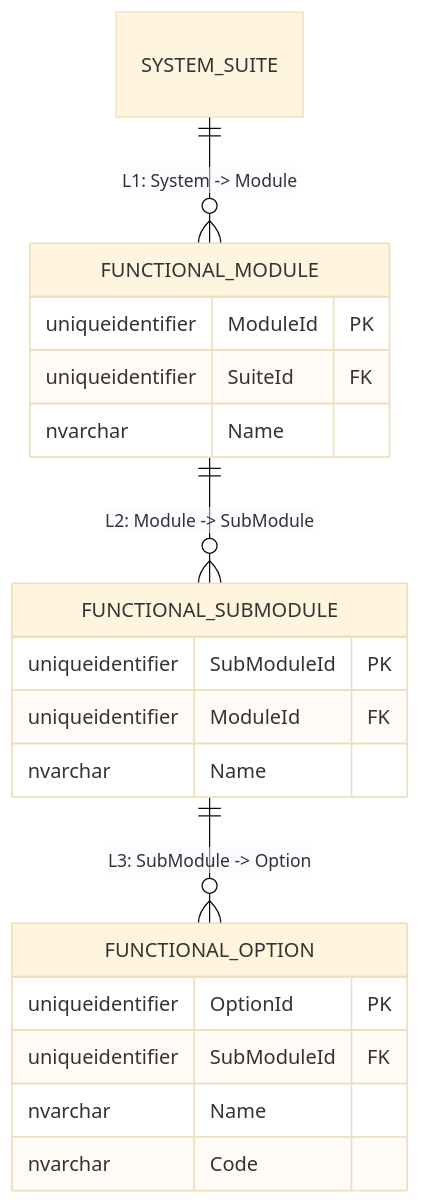
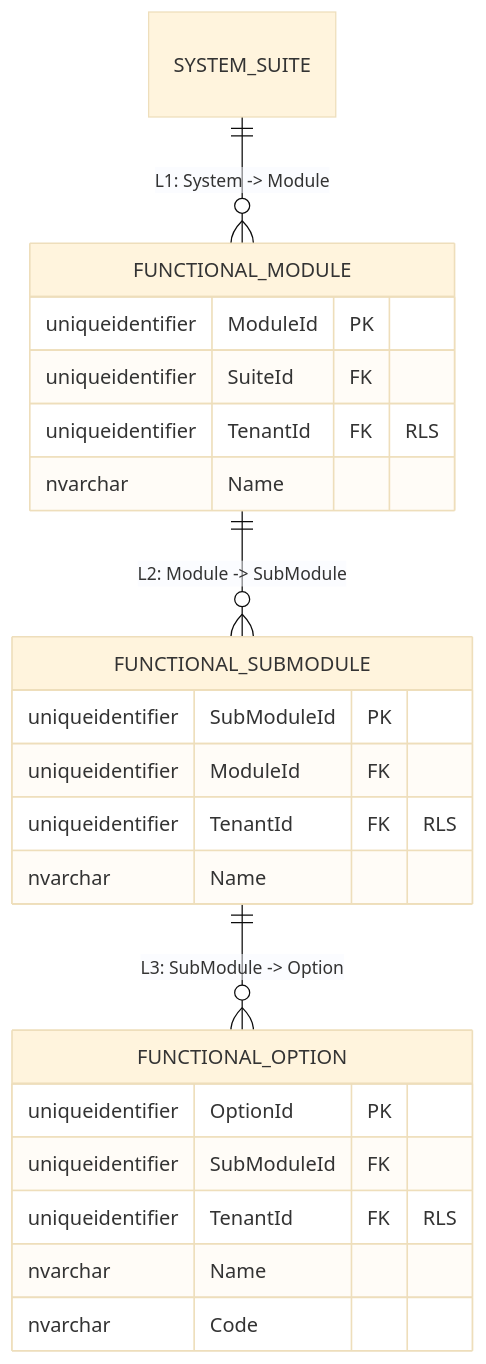
One commit to beyondnetcode/ums changed the third of 3 diagrams in architecture/blueprints/database-design-er.md. Above: the diagram before and after it, drawn with Mermaid (base theme). The commit also changed other lines of this file and 2 other files, not shown here.

Commit message:
refactor(auth): apply technical DB optimizations (Exclusive Arc & RLS) to E/R model

````diff
--- a/architecture/blueprints/database-design-er.md
+++ b/architecture/blueprints/database-design-er.md
@@ -76,25 +79,28 @@
 ```mermaid
 erDiagram
     SYSTEM_SUITE ||--o{ FUNCTIONAL_MODULE : "L1: System -> Module"
     FUNCTIONAL_MODULE ||--o{ FUNCTIONAL_SUBMODULE : "L2: Module -> SubModule"
     FUNCTIONAL_SUBMODULE ||--o{ FUNCTIONAL_OPTION : "L3: SubModule -> Option"
     
     FUNCTIONAL_MODULE {
         uniqueidentifier ModuleId PK
         uniqueidentifier SuiteId FK
+        uniqueidentifier TenantId FK "RLS"
         nvarchar Name
     }
     
     FUNCTIONAL_SUBMODULE {
         uniqueidentifier SubModuleId PK
         uniqueidentifier ModuleId FK
+        uniqueidentifier TenantId FK "RLS"
         nvarchar Name
     }
     
     FUNCTIONAL_OPTION {
         uniqueidentifier OptionId PK
         uniqueidentifier SubModuleId FK
+        uniqueidentifier TenantId FK "RLS"
         nvarchar Name
         nvarchar Code
     }
 ```
````
